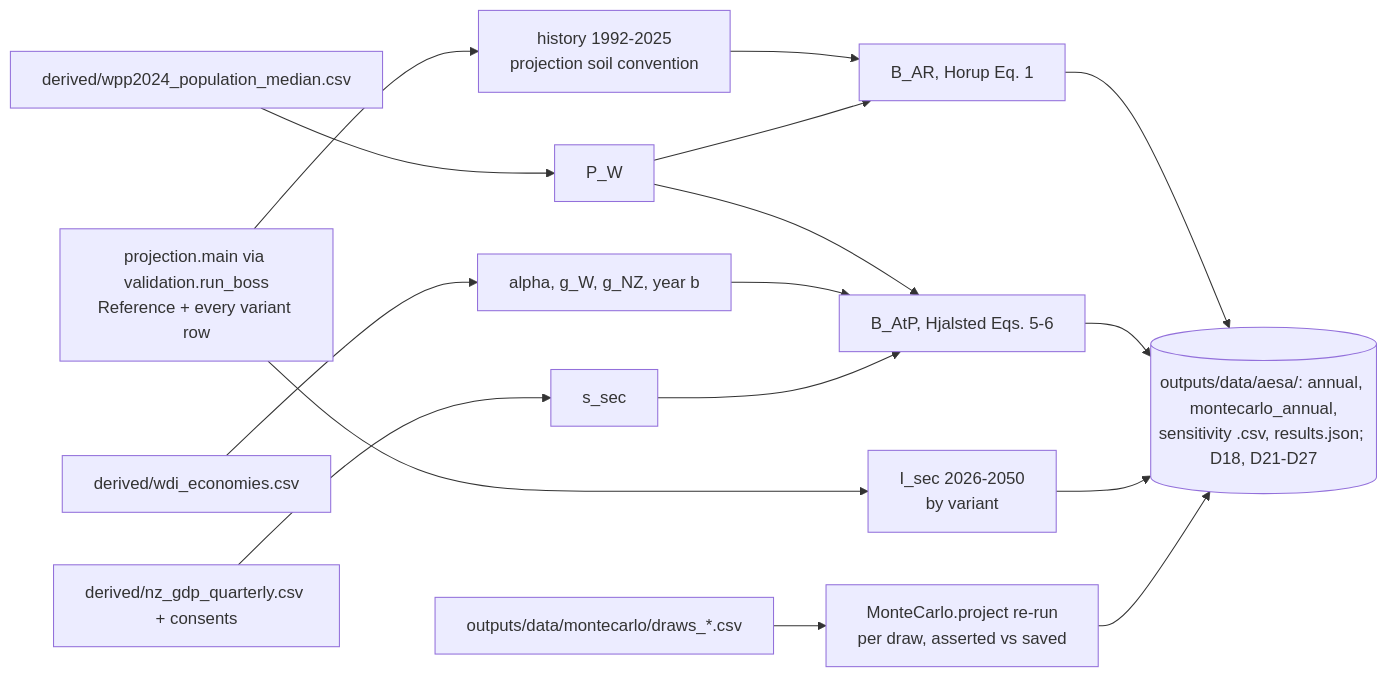
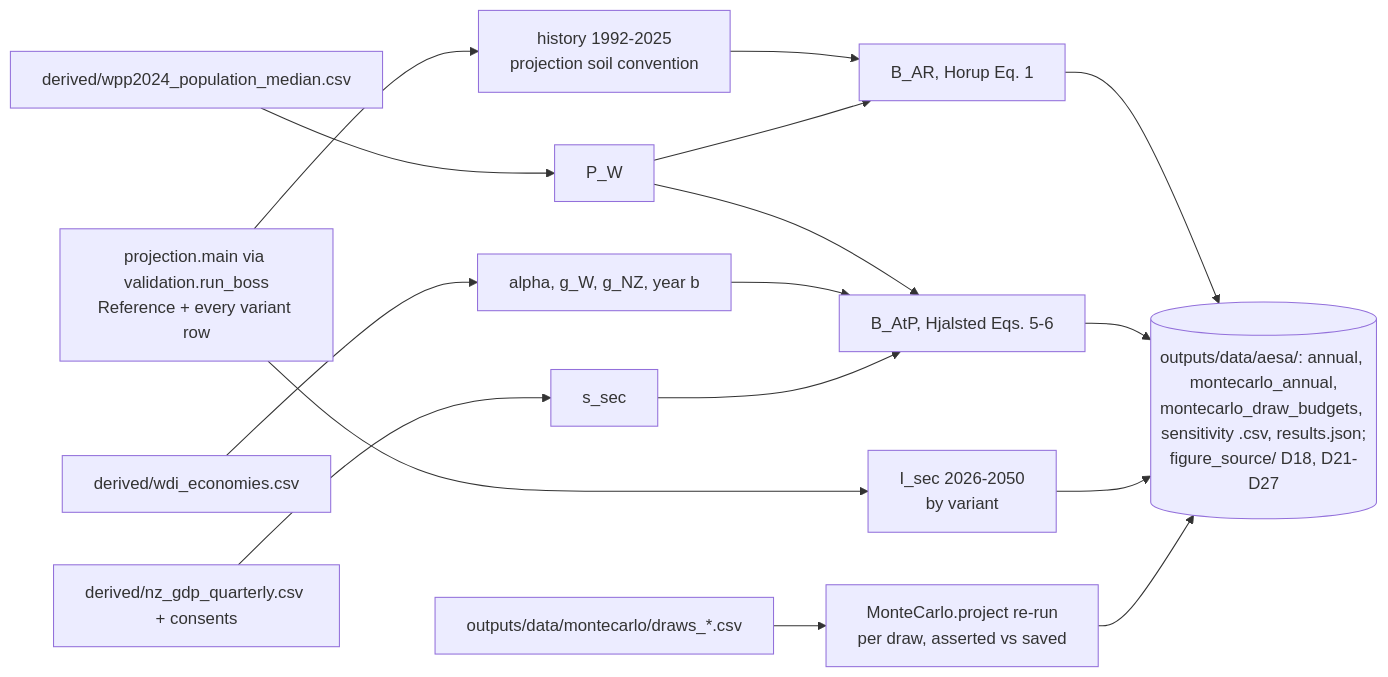
The second of 3 diagrams in ARCHITECTURE.md (GerasimosChristoforatos/Pathway-Paper), drawn with Mermaid before and after one commit. The commit also changed other lines of this file and 10 other files, not shown here.

First line of the commit message:
v3.0.0 D: ARCHITECTURE for v3; AESA and B2/B4 event tests restored (v2 anchors on the legacy Reference); metrics run_mode by profile; stale docstrings

````diff
--- a/ARCHITECTURE.md
+++ b/ARCHITECTURE.md
@@ -399,14 +456,14 @@
 ```mermaid
 flowchart LR
     PROJ["projection.main via validation.run_boss<br/>Reference + every variant row"] --> H["history 1992-2025<br/>projection soil convention"]
     PROJ --> I["I_sec 2026-2050<br/>by variant"]
     MCD["outputs/data/montecarlo/draws_*.csv"] --> MCR["MonteCarlo.project re-run<br/>per draw, asserted vs saved"]
     WPP["derived/wpp2024_population_median.csv"] --> PW["P_W"]
     WDI["derived/wdi_economies.csv"] --> A["alpha, g_W, g_NZ, year b"]
     GDP["derived/nz_gdp_quarterly.csv + consents"] --> S["s_sec"]
     H --> BAR["B_AR, Horup Eq. 1"]
     PW --> BAR & BATP["B_AtP, Hjalsted Eqs. 5-6"]
     A --> BATP
     S --> BATP
-    BAR & BATP & I & MCR --> OUT[("outputs/data/aesa/: annual, montecarlo_annual,<br/>sensitivity .csv, results.json; D18, D21-D27")]
+    BAR & BATP & I & MCR --> OUT[("outputs/data/aesa/: annual, montecarlo_annual,<br/>montecarlo_draw_budgets, sensitivity .csv, results.json;<br/>figure_source/ D18, D21-D27")]
 ```
````
